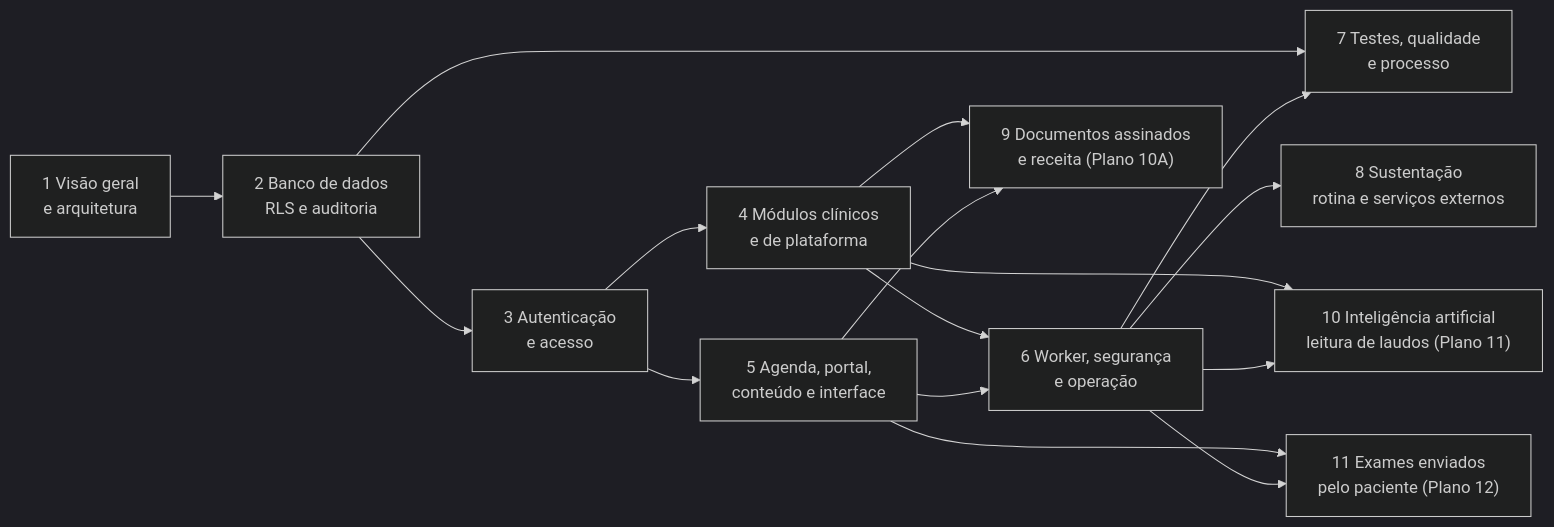
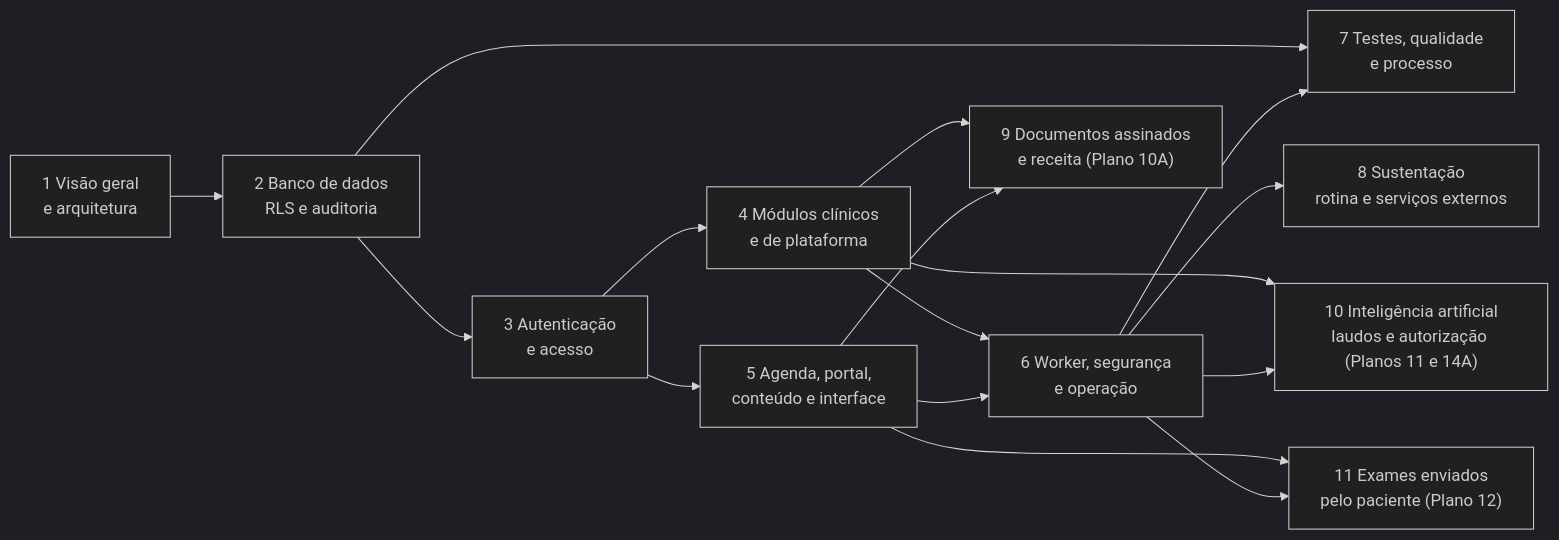
One commit to fabianojp06/nutridebby changed the diagram in docs/manual-tecnico/README.md. Above: the diagram before and after it, drawn with Mermaid (dark theme). The commit also changed other lines of this file and 9 other files, not shown here.

````diff
--- a/docs/manual-tecnico/README.md
+++ b/docs/manual-tecnico/README.md
@@ -51,18 +51,18 @@
 ```mermaid
 flowchart LR
   C1["1 Visão geral<br/>e arquitetura"] --> C2["2 Banco de dados<br/>RLS e auditoria"]
   C2 --> C3["3 Autenticação<br/>e acesso"]
   C3 --> C4["4 Módulos clínicos<br/>e de plataforma"]
   C3 --> C5["5 Agenda, portal,<br/>conteúdo e interface"]
   C4 --> C6["6 Worker, segurança<br/>e operação"]
   C5 --> C6
   C2 --> C7["7 Testes, qualidade<br/>e processo"]
   C6 --> C7
   C6 --> C8["8 Sustentação<br/>rotina e serviços externos"]
   C4 --> C9["9 Documentos assinados<br/>e receita (Plano 10A)"]
   C5 --> C9
-  C4 --> C10["10 Inteligência artificial<br/>leitura de laudos (Plano 11)"]
+  C4 --> C10["10 Inteligência artificial<br/>laudos e autorização (Planos 11 e 14A)"]
   C6 --> C10
   C5 --> C11["11 Exames enviados<br/>pelo paciente (Plano 12)"]
   C6 --> C11
 ```
````
